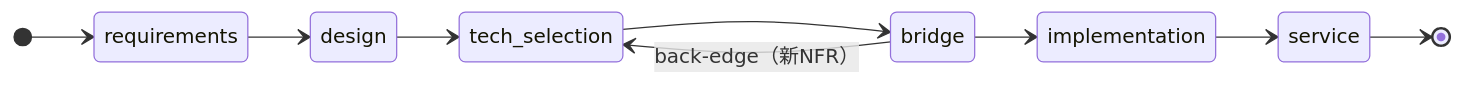
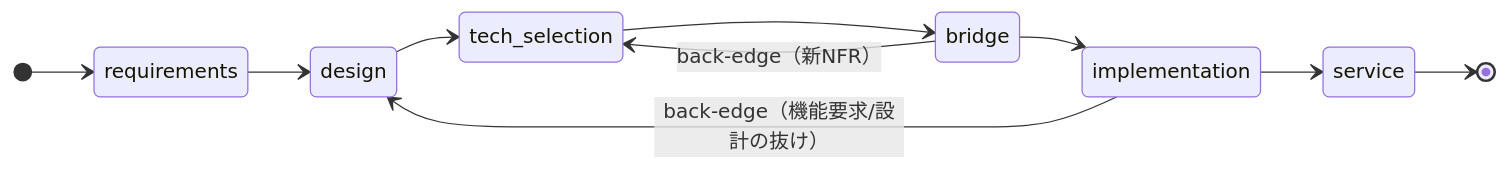
One commit to dobachi/claude-skills-marketplace changed the diagram in site/ea/ea-delivery.qmd. Above: the diagram before and after it, drawn with Mermaid. The commit also changed other lines of this file and 5 other files, not shown here.

First line of the commit message:
docs(site): rename オーファン→リンク切れ; reflect gaps ledger & general back-edge

````diff
--- a/site/ea/ea-delivery.qmd
+++ b/site/ea/ea-delivery.qmd
@@ -35,12 +36,13 @@
 ```{mermaid}
 stateDiagram-v2
   direction LR
   [*] --> requirements
   requirements --> design
   design --> tech_selection
   tech_selection --> bridge
   bridge --> implementation
   implementation --> service
   service --> [*]
   bridge --> tech_selection: back-edge（新NFR）
+  implementation --> design: back-edge（機能要求/設計の抜け）
 ```
````
